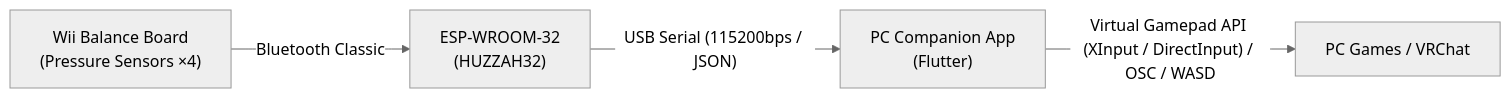
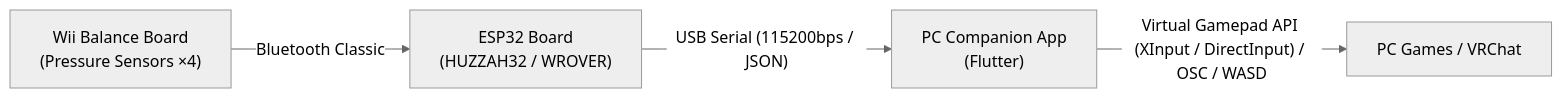
Before and after one commit to tfuru/BalanceBoard-Gamepad: the diagram in README.en.md, drawn with Mermaid (neutral theme). The commit also changed other lines of this file and 2 other files, not shown here.

Commit message:
docs: ルートおよび Firmware の README に対応ボード（Freenove ESP32-WROVER 等）を追加

````diff
--- a/README.en.md
+++ b/README.en.md
@@ -13,6 +13,6 @@
 ```mermaid
 flowchart LR
-    WBB["Wii Balance Board\n(Pressure Sensors ×4)"] -- Bluetooth Classic --> ESP["ESP-WROOM-32\n(HUZZAH32)"]
+    WBB["Wii Balance Board\n(Pressure Sensors ×4)"] -- Bluetooth Classic --> ESP["ESP32 Board\n(HUZZAH32 / WROVER)"]
     ESP -- USB Serial (115200bps / JSON) --> App["PC Companion App\n(Flutter)"]
     App -- Virtual Gamepad API (XInput / DirectInput) / OSC / WASD --> Game["PC Games / VRChat"]
 ```
````
